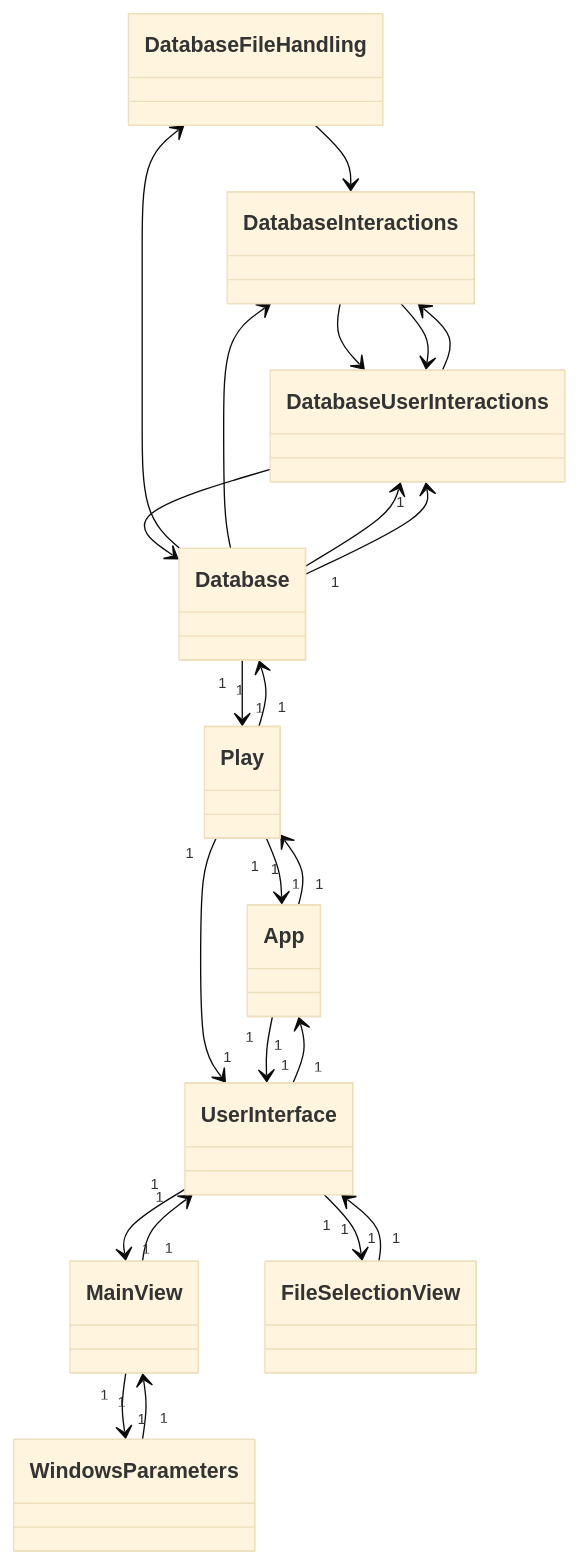
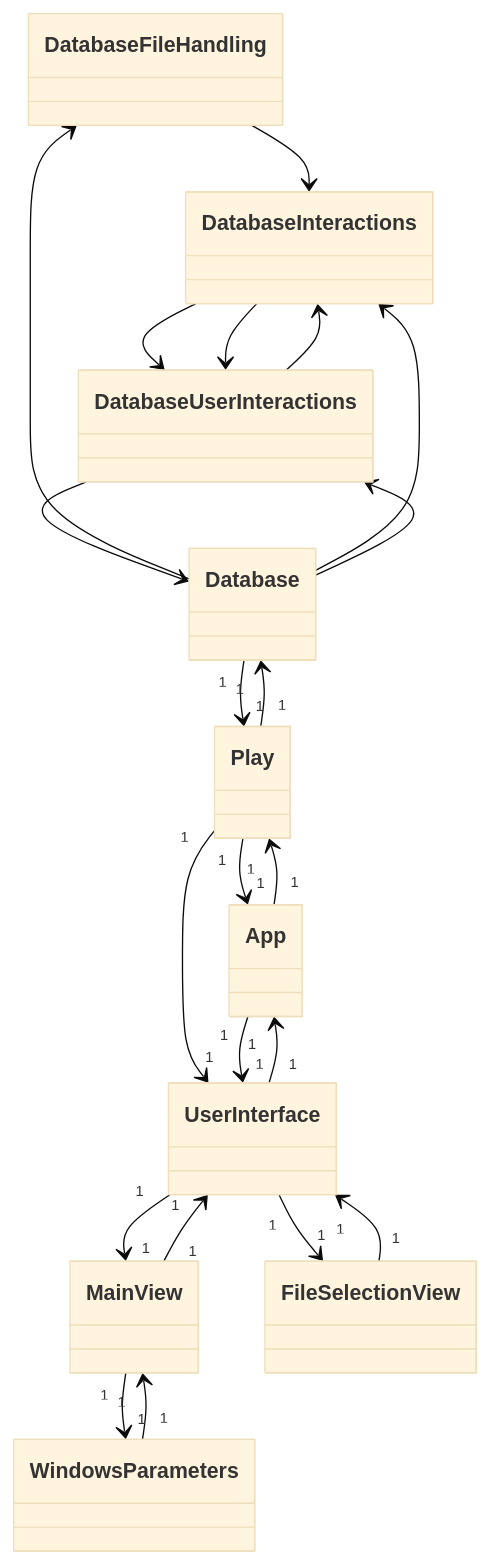
One commit to platipus82/ot-harjoitustyo changed the diagram in dokumentaatio/luokkakaavio_v2.MD. Above: the diagram before and after it, drawn with Mermaid (base theme).

````diff
--- a/dokumentaatio/luokkakaavio_v2.MD
+++ b/dokumentaatio/luokkakaavio_v2.MD
@@ -1,50 +1,49 @@
 ```mermaid
 classDiagram
     class DatabaseFileHandling{
     }
     class DatabaseInteractions{
     }
     class DatabaseUserInteractions{
     }
     class Database{
     }
     class App{
     }
     class Play{
     }
     class UserInterface{
     }
     class MainView{
     }  
     class FileSelectionView{
     }   
     class WindowsParameters{
     }   
     class DatabaseUserInteractions{
     }   
 
 
     DatabaseFileHandling --> DatabaseInteractions
     DatabaseInteractions --> DatabaseUserInteractions
     Database --> DatabaseFileHandling
     Database --> DatabaseInteractions
     Database --> DatabaseUserInteractions
     DatabaseInteractions --> DatabaseUserInteractions
     DatabaseUserInteractions --> DatabaseInteractions
     DatabaseUserInteractions --> Database
 
     Play "1" --> "1" Database 
     Database "1" --> "1" Play
-    Database "1" --> "1" DatabaseUserInteractions
     Play "1" --> "1" App 
     Play "1" --> "1" UserInterface 
     App "1" --> "1" UserInterface
     App "1" --> "1" Play
     UserInterface "1" --> "1" App
     UserInterface "1" --> "1" MainView
     WindowsParameters "1" --> "1" MainView
     MainView "1" --> "1" WindowsParameters
     UserInterface "1" --> "1" FileSelectionView
     FileSelectionView "1" --> "1" UserInterface
     MainView "1" --> "1" UserInterface
 ```
````
